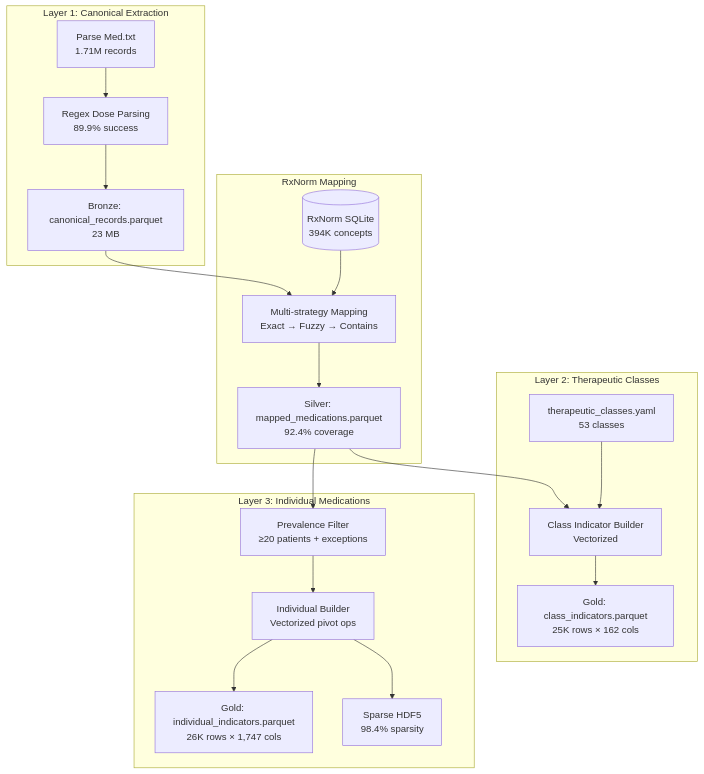
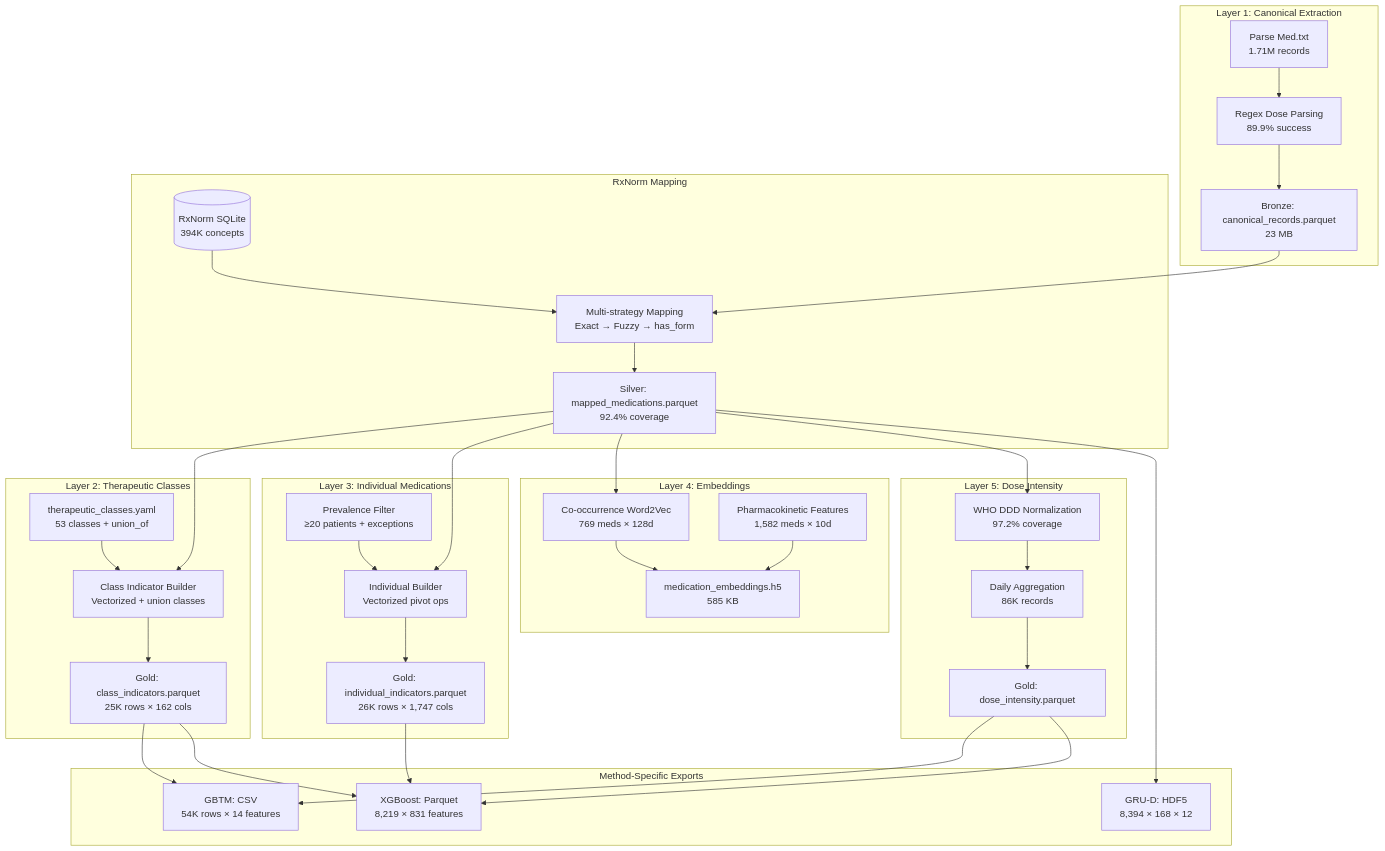
Before and after one commit to moinhs1/extracting-features: the fourth of 5 diagrams in docs/architecture.md, drawn with Mermaid. The commit also changed other lines of this file and 3 other files, not shown here.

````diff
--- a/docs/architecture.md
+++ b/docs/architecture.md
@@ -186,40 +192,68 @@
 ```mermaid
 flowchart TB
     subgraph Layer1["Layer 1: Canonical Extraction"]
         L1_Parse[Parse Med.txt<br/>1.71M records]
         L1_Dose[Regex Dose Parsing<br/>89.9% success]
         L1_Bronze[Bronze: canonical_records.parquet<br/>23 MB]
     end
 
     subgraph RxNorm["RxNorm Mapping"]
         RX_DB[(RxNorm SQLite<br/>394K concepts)]
-        RX_Map[Multi-strategy Mapping<br/>Exact → Fuzzy → Contains]
+        RX_Map[Multi-strategy Mapping<br/>Exact → Fuzzy → has_form]
         RX_Silver[Silver: mapped_medications.parquet<br/>92.4% coverage]
     end
 
     subgraph Layer2["Layer 2: Therapeutic Classes"]
-        L2_YAML[therapeutic_classes.yaml<br/>53 classes]
-        L2_Build[Class Indicator Builder<br/>Vectorized]
+        L2_YAML[therapeutic_classes.yaml<br/>53 classes + union_of]
+        L2_Build[Class Indicator Builder<br/>Vectorized + union classes]
         L2_Gold[Gold: class_indicators.parquet<br/>25K rows × 162 cols]
     end
 
     subgraph Layer3["Layer 3: Individual Medications"]
         L3_Filter[Prevalence Filter<br/>≥20 patients + exceptions]
         L3_Build[Individual Builder<br/>Vectorized pivot ops]
         L3_Gold[Gold: individual_indicators.parquet<br/>26K rows × 1,747 cols]
-        L3_Sparse[Sparse HDF5<br/>98.4% sparsity]
+    end
+
+    subgraph Layer4["Layer 4: Embeddings"]
+        L4_CoOccur[Co-occurrence Word2Vec<br/>769 meds × 128d]
+        L4_PK[Pharmacokinetic Features<br/>1,582 meds × 10d]
+        L4_HDF5[medication_embeddings.h5<br/>585 KB]
+    end
+
+    subgraph Layer5["Layer 5: Dose Intensity"]
+        L5_DDD[WHO DDD Normalization<br/>97.2% coverage]
+        L5_Daily[Daily Aggregation<br/>86K records]
+        L5_Gold[Gold: dose_intensity.parquet]
+    end
+
+    subgraph Exports["Method-Specific Exports"]
+        EX_GBTM[GBTM: CSV<br/>54K rows × 14 features]
+        EX_GRUD[GRU-D: HDF5<br/>8,394 × 168 × 12]
+        EX_XGB[XGBoost: Parquet<br/>8,219 × 831 features]
     end
 
     L1_Parse --> L1_Dose
     L1_Dose --> L1_Bronze
     L1_Bronze --> RX_Map
     RX_DB --> RX_Map
     RX_Map --> RX_Silver
     RX_Silver --> L2_Build
     L2_YAML --> L2_Build
     L2_Build --> L2_Gold
-    RX_Silver --> L3_Filter
+    RX_Silver --> L3_Build
     L3_Filter --> L3_Build
     L3_Build --> L3_Gold
-    L3_Build --> L3_Sparse
+    RX_Silver --> L4_CoOccur
+    L4_CoOccur --> L4_HDF5
+    L4_PK --> L4_HDF5
+    RX_Silver --> L5_DDD
+    L5_DDD --> L5_Daily
+    L5_Daily --> L5_Gold
+    L2_Gold --> EX_GBTM
+    L5_Gold --> EX_GBTM
+    RX_Silver --> EX_GRUD
+    L2_Gold --> EX_XGB
+    L3_Gold --> EX_XGB
+    L5_Gold --> EX_XGB
 ```
````
